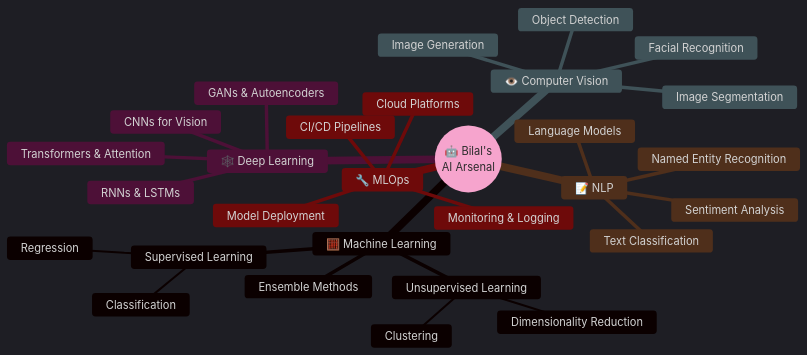
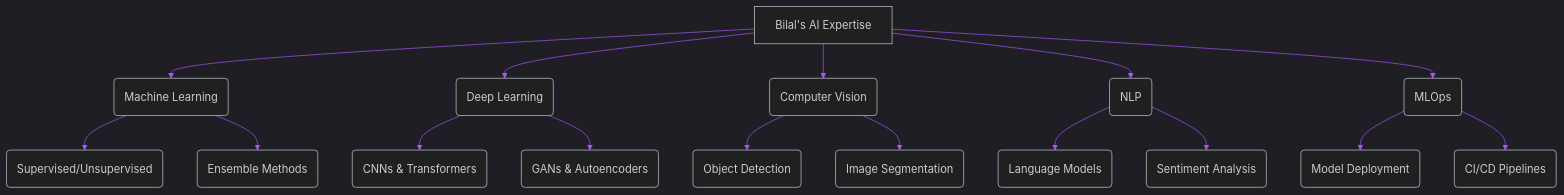
One commit to Wayn-Git/Wayn-Git changed the diagram in README.md. Above: the diagram before and after it, drawn with Mermaid. The commit also changed other lines of this file, not shown here.

````diff
--- a/README.md
+++ b/README.md
@@ -53,33 +45,19 @@
 ```mermaid
-%%{init: {'theme':'dark', 'themeVariables': { 'primaryColor':'#6366f1', 'primaryTextColor':'#fff', 'primaryBorderColor':'#8b5cf6', 'lineColor':'#a855f7', 'secondaryColor':'#ec4899', 'tertiaryColor':'#14b8a6'}}}%%
-mindmap
-  root((🤖 Bilal's<br/>AI Arsenal))
-    🧮 Machine Learning
-      Supervised Learning
-        Classification
-        Regression
-      Unsupervised Learning
-        Clustering
-        Dimensionality Reduction
-      Ensemble Methods
-    🕸️ Deep Learning
-      CNNs for Vision
-      RNNs & LSTMs
-      Transformers & Attention
-      GANs & Autoencoders
-    👁️ Computer Vision
-      Object Detection
-      Image Segmentation
-      Facial Recognition
-      Image Generation
-    📝 NLP
-      Text Classification
-      Sentiment Analysis
-      Named Entity Recognition
-      Language Models
-    🔧 MLOps
-      Model Deployment
-      CI/CD Pipelines
-      Monitoring & Logging
-      Cloud Platforms
+%%{init: {'theme':'dark', 'themeVariables': { 'primaryColor':'#6366f1', 'primaryTextColor':'#fff', 'primaryBorderColor':'#8b5cf6', 'lineColor':'#a855f7'}}}%%
+graph TD
+    A[Bilal's AI Expertise] --> B(Machine Learning)
+    A --> C(Deep Learning)
+    A --> D(Computer Vision)
+    A --> E(NLP)
+    A --> F(MLOps)
+    B --> B1(Supervised/Unsupervised)
+    B --> B2(Ensemble Methods)
+    C --> C1(CNNs & Transformers)
+    C --> C2(GANs & Autoencoders)
+    D --> D1(Object Detection)
+    D --> D2(Image Segmentation)
+    E --> E1(Language Models)
+    E --> E2(Sentiment Analysis)
+    F --> F1(Model Deployment)
+    F --> F2(CI/CD Pipelines)
 ```
````
